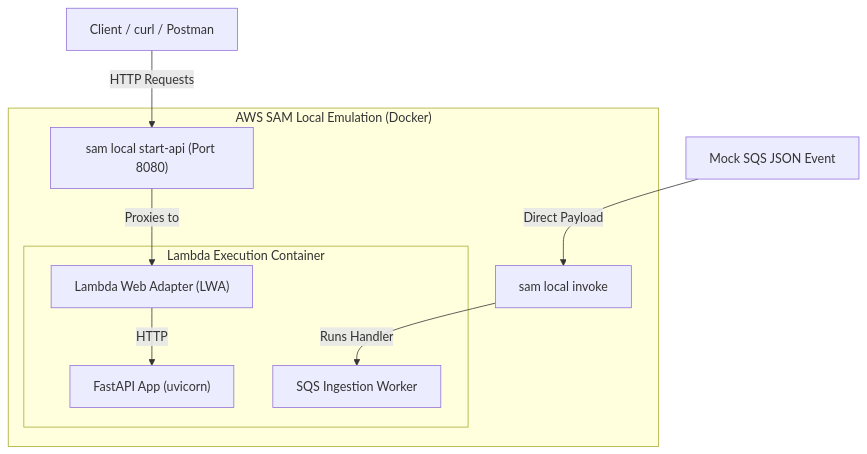
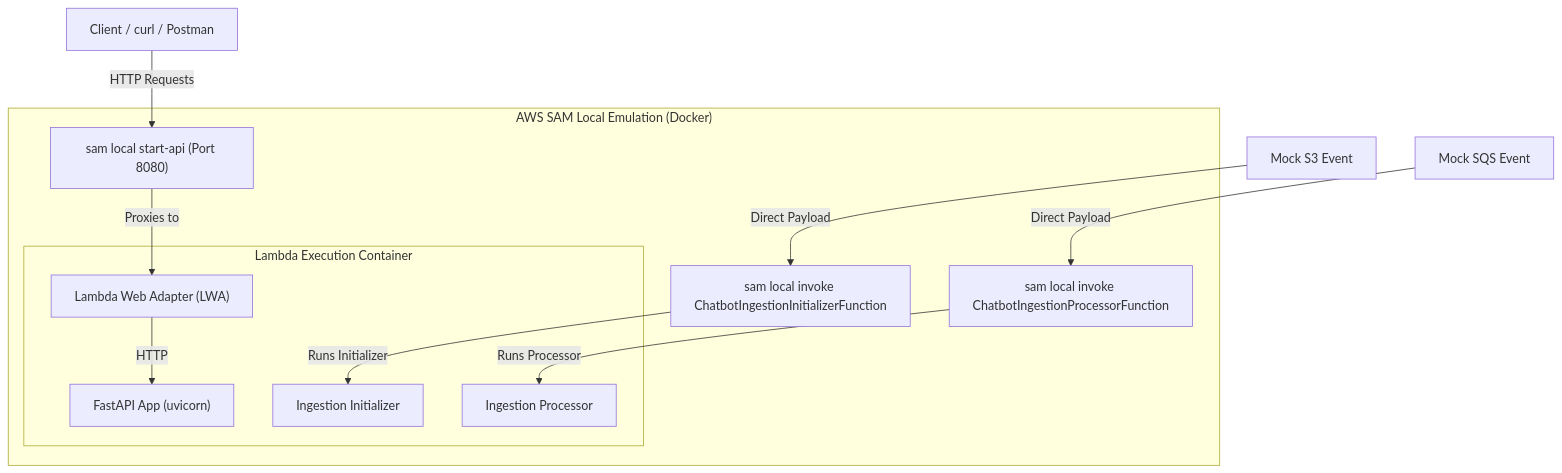
One commit to Hari31416/chatbot-aws changed the diagram in docs/AWS_SAM_LOCAL_TESTING.md. Above: the diagram before and after it, drawn with Mermaid. The commit also changed other lines of this file and 16 other files, not shown here.

````diff
--- a/docs/AWS_SAM_LOCAL_TESTING.md
+++ b/docs/AWS_SAM_LOCAL_TESTING.md
@@ -15,23 +15,29 @@
 ```mermaid
 graph TD
     Client["Client / curl / Postman"]
-    SQSEvent["Mock SQS JSON Event"]
+    MockS3Event["Mock S3 Event"]
+    MockSQSEvent["Mock SQS Event"]
 
     subgraph SAMLocal["AWS SAM Local Emulation (Docker)"]
         API["sam local start-api (Port 8080)"]
-        Invoke["sam local invoke"]
+        InvokeInit["sam local invoke ChatbotIngestionInitializerFunction"]
+        InvokeProc["sam local invoke ChatbotIngestionProcessorFunction"]
 
         subgraph Containers["Lambda Execution Container"]
             LWA["Lambda Web Adapter (LWA)"]
             FastAPI["FastAPI App (uvicorn)"]
-            Worker["SQS Ingestion Worker"]
+            Initializer["Ingestion Initializer"]
+            Processor["Ingestion Processor"]
         end
     end
 
     Client -->|HTTP Requests| API
     API -->|Proxies to| LWA
     LWA -->|HTTP| FastAPI
 
-    SQSEvent -->|Direct Payload| Invoke
-    Invoke -->|Runs Handler| Worker
+    MockS3Event -->|Direct Payload| InvokeInit
+    InvokeInit -->|Runs Initializer| Initializer
+
+    MockSQSEvent -->|Direct Payload| InvokeProc
+    InvokeProc -->|Runs Processor| Processor
 ```
````
